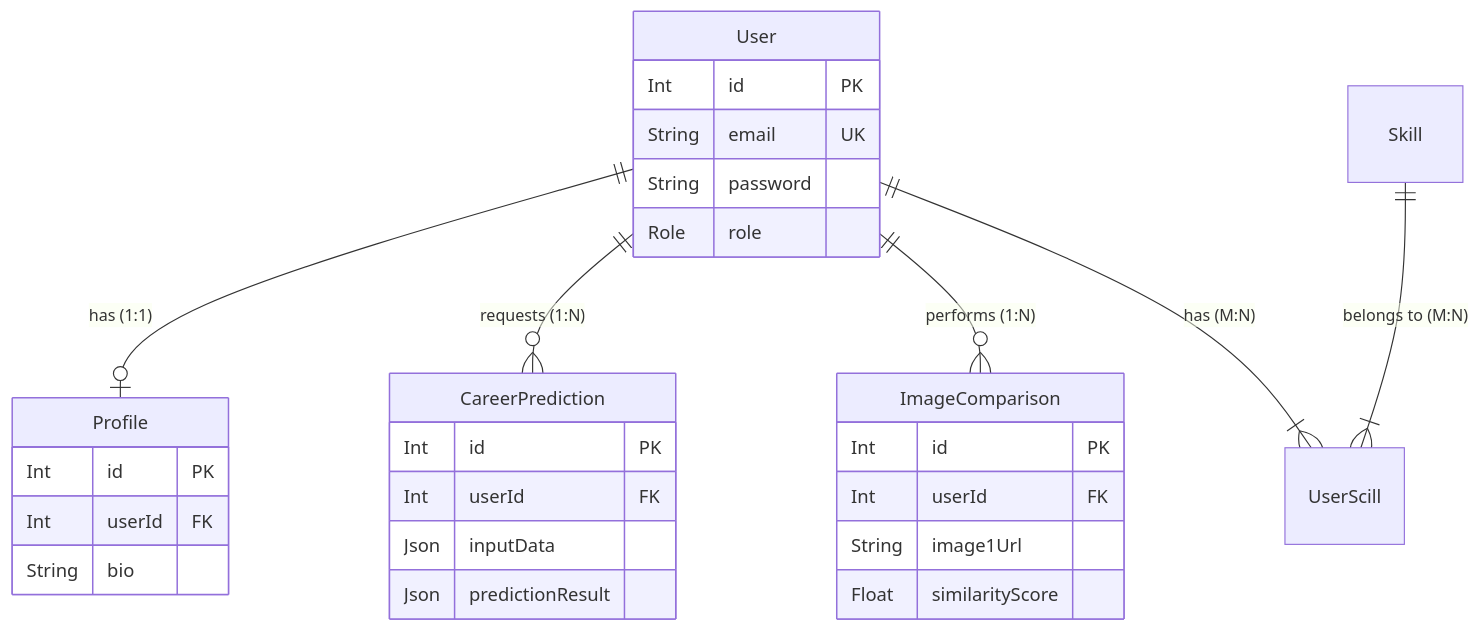
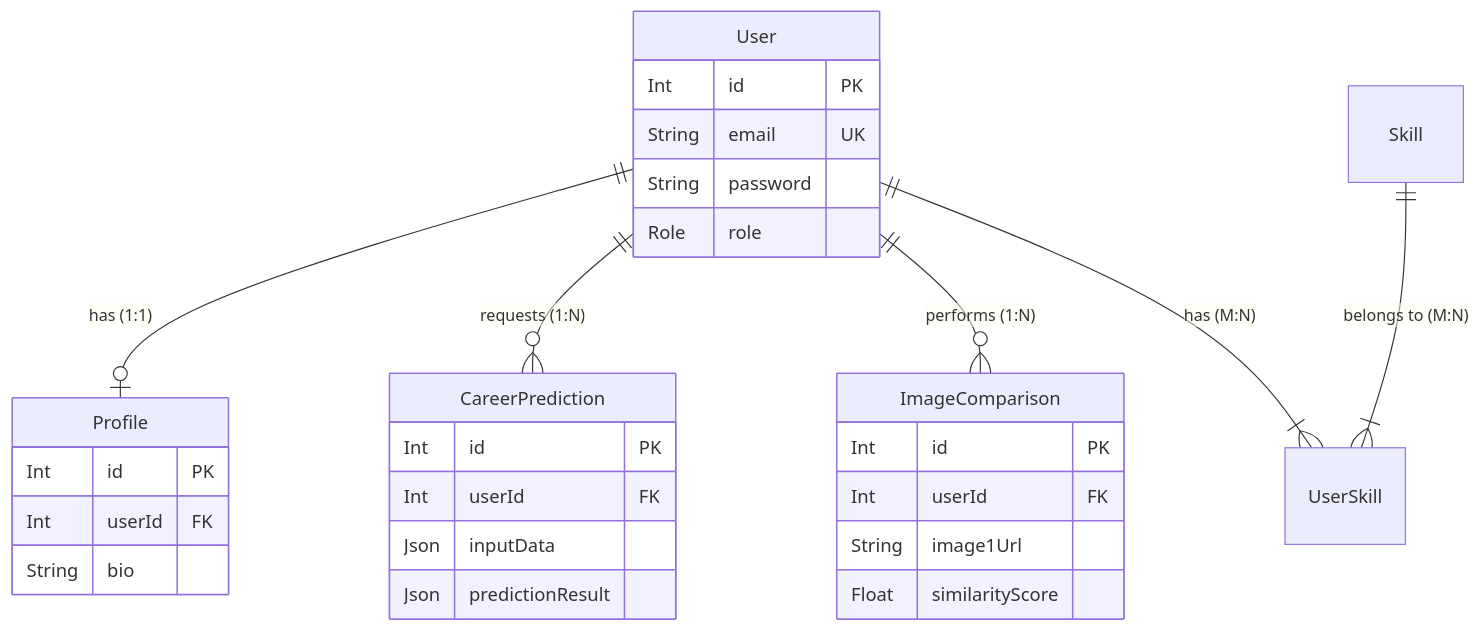
The diagram in server/prisma/README.md (ChittalaUday/final-year-project), drawn with Mermaid before and after one commit. The commit also changed other lines of this file and 7 other files, not shown here.

````diff
--- a/server/prisma/README.md
+++ b/server/prisma/README.md
@@ -15,35 +15,35 @@
 ```mermaid
 erDiagram
     User ||--o| Profile : "has (1:1)"
     User ||--o{ CareerPrediction : "requests (1:N)"
     User ||--o{ ImageComparison : "performs (1:N)"
-    User ||--|{ UserScill : "has (M:N)"
-    Skill ||--|{ UserScill : "belongs to (M:N)"
+    User ||--|{ UserSkill : "has (M:N)"
+    Skill ||--|{ UserSkill : "belongs to (M:N)"
 
     User {
         Int id PK
         String email UK
         String password
         Role role
     }
 
     Profile {
         Int id PK
         Int userId FK
         String bio
     }
 
     CareerPrediction {
         Int id PK
         Int userId FK
         Json inputData
         Json predictionResult
     }
 
     ImageComparison {
         Int id PK
         Int userId FK
         String image1Url
         Float similarityScore
     }
 ```
````
